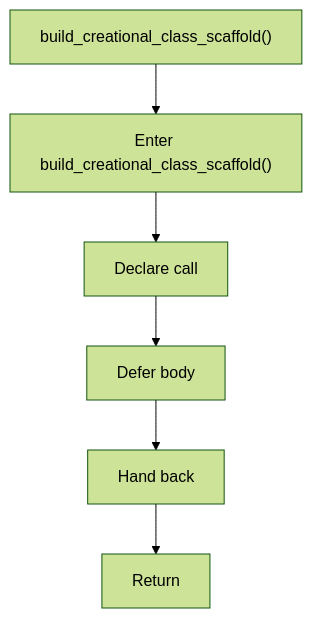
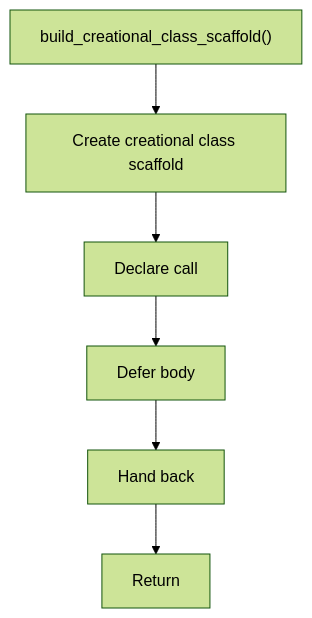
One commit to JohnAndrewBalbarosa/NeoTerritory changed the second of 2 diagrams in docs/Codebase/Microservice/Modules/Header/SyntacticBrokenAST/Analysis/Patterns/Creational/Scaffold/core.hpp.md. Above: the diagram before and after it, drawn with Mermaid (forest theme). The commit also changed other lines of this file and 925 other files, not shown here.

````diff
--- a/docs/Codebase/Microservice/Modules/Header/SyntacticBrokenAST/Analysis/Patterns/Creational/Scaffold/core.hpp.md
+++ b/docs/Codebase/Microservice/Modules/Header/SyntacticBrokenAST/Analysis/Patterns/Creational/Scaffold/core.hpp.md
@@ -66,14 +65,14 @@
 ```mermaid
 flowchart TD
     Start["build_creational_class_scaffold()"]
-    N0["Enter build_creational_class_scaffold()"]
+    N0["Create creational class scaffold"]
     N1["Declare call"]
     N2["Defer body"]
     N3["Hand back"]
     End["Return"]
     Start --> N0
     N0 --> N1
     N1 --> N2
     N2 --> N3
     N3 --> End
 ```
````
